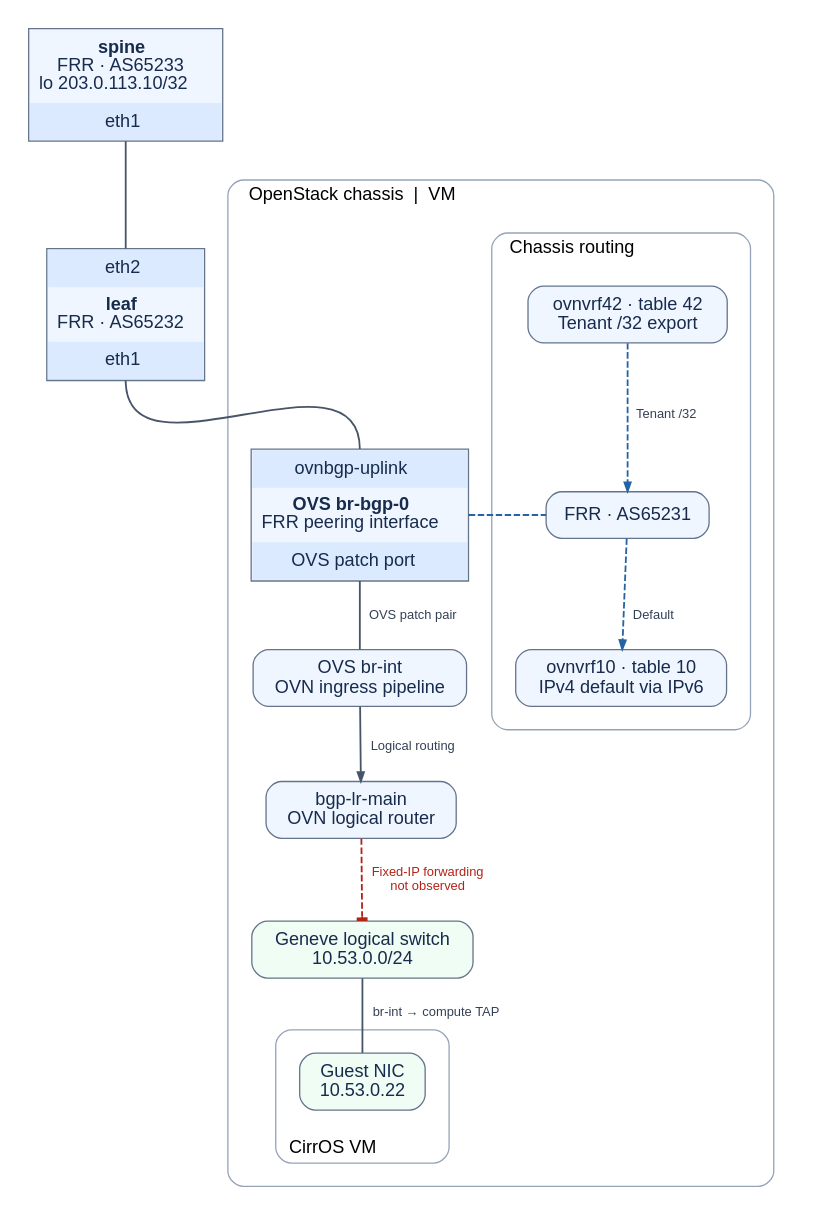
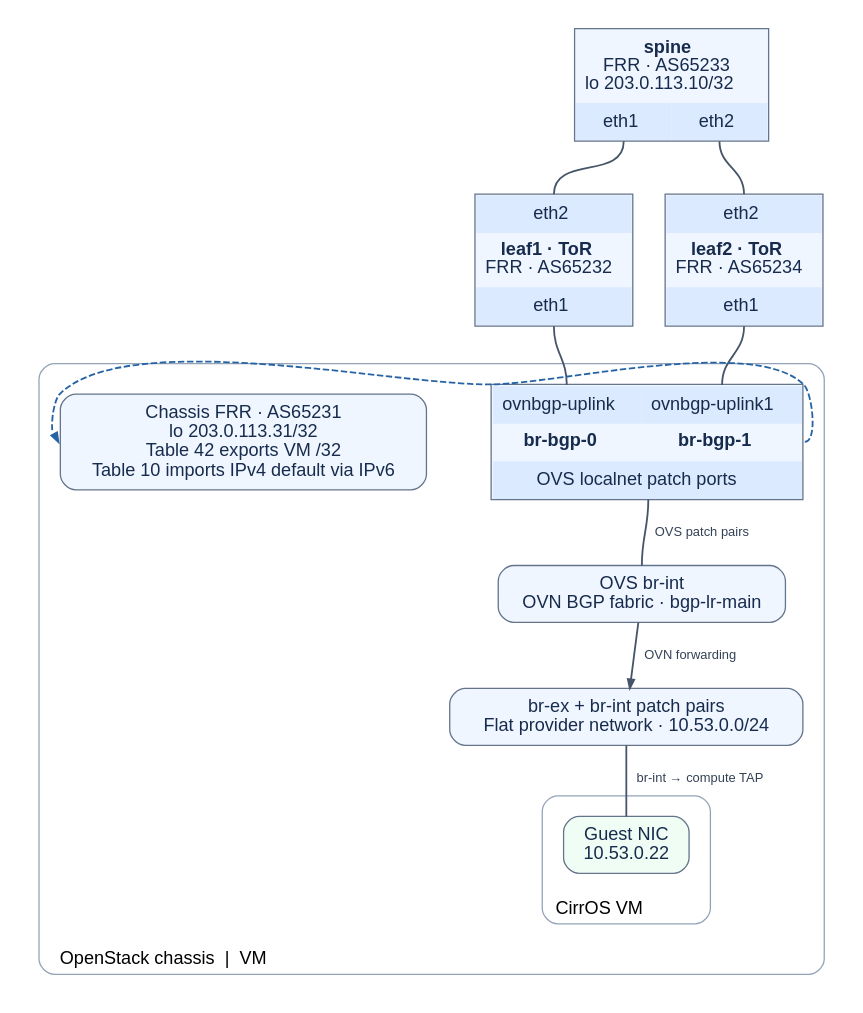
Before and after one commit to sugaf1204/infra-lab: the diagram in openstack-ovn-bgp-service-plugin/network.dot, drawn with Graphviz. The commit also changed 34 other files, not shown here.

```diff
--- a/openstack-ovn-bgp-service-plugin/network.dot
+++ b/openstack-ovn-bgp-service-plugin/network.dot
@@ -1,58 +1,55 @@
 digraph ovn {
-  graph [rankdir=TB, bgcolor="#ffffff", pad=0.2, nodesep=0.42, ranksep=0.58,
+  graph [rankdir=TB, bgcolor="#ffffff", pad=0.2, nodesep=0.35, ranksep=0.55,
          fontname="Helvetica", newrank=true];
   node [shape=box, style="rounded,filled", fillcolor="#eff6ff", color="#64748b",
         fontname="Helvetica", fontcolor="#172b4d", margin="0.14,0.1"];
   edge [color="#475569", penwidth=1.4, fontname="Helvetica",
         fontcolor="#334155", fontsize=10, arrowsize=0.7];
 
   spine [shape=plain, label=<
     <TABLE BORDER="1" CELLBORDER="0" CELLSPACING="0" CELLPADDING="7" COLOR="#64748b" BGCOLOR="#eff6ff">
-      <TR><TD><B>spine</B><BR/>FRR · AS65233<BR/>lo 203.0.113.10/32</TD></TR>
+      <TR><TD COLSPAN="2"><B>spine</B><BR/>FRR · AS65233<BR/>lo 203.0.113.10/32</TD></TR>
+      <TR><TD PORT="eth1" BGCOLOR="#dbeafe">eth1</TD><TD PORT="eth2" BGCOLOR="#dbeafe">eth2</TD></TR>
+    </TABLE>>];
+  leaf1 [shape=plain, label=<
+    <TABLE BORDER="1" CELLBORDER="0" CELLSPACING="0" CELLPADDING="7" COLOR="#64748b" BGCOLOR="#eff6ff">
+      <TR><TD PORT="eth2" BGCOLOR="#dbeafe">eth2</TD></TR>
+      <TR><TD><B>leaf1 · ToR</B><BR/>FRR · AS65232</TD></TR>
       <TR><TD PORT="eth1" BGCOLOR="#dbeafe">eth1</TD></TR>
     </TABLE>>];
-  leaf [shape=plain, label=<
+  leaf2 [shape=plain, label=<
     <TABLE BORDER="1" CELLBORDER="0" CELLSPACING="0" CELLPADDING="7" COLOR="#64748b" BGCOLOR="#eff6ff">
       <TR><TD PORT="eth2" BGCOLOR="#dbeafe">eth2</TD></TR>
-      <TR><TD><B>leaf</B><BR/>FRR · AS65232</TD></TR>
+      <TR><TD><B>leaf2 · ToR</B><BR/>FRR · AS65234</TD></TR>
       <TR><TD PORT="eth1" BGCOLOR="#dbeafe">eth1</TD></TR>
     </TABLE>>];
+  {rank=same; leaf1; leaf2}
 
   subgraph cluster_chassis {
-    label="OpenStack chassis  |  VM"; labeljust=l;
-    style=rounded; color="#94a3b8"; margin=18;
-    boundary [shape=plain, label=<
+    label="OpenStack chassis  |  VM"; labeljust=l; labelloc=b;
+    style=rounded; color="#94a3b8"; margin=16;
+    ports [shape=plain, label=<
       <TABLE BORDER="1" CELLBORDER="0" CELLSPACING="0" CELLPADDING="7" COLOR="#64748b" BGCOLOR="#eff6ff">
-        <TR><TD PORT="uplink" BGCOLOR="#dbeafe">ovnbgp-uplink</TD></TR>
-        <TR><TD PORT="control"><B>OVS br-bgp-0</B><BR/>FRR peering interface</TD></TR>
-        <TR><TD PORT="patch" BGCOLOR="#dbeafe">OVS patch port</TD></TR>
+        <TR><TD PORT="up0" BGCOLOR="#dbeafe">ovnbgp-uplink</TD><TD PORT="up1" BGCOLOR="#dbeafe">ovnbgp-uplink1</TD></TR>
+        <TR><TD><B>br-bgp-0</B></TD><TD><B>br-bgp-1</B></TD></TR>
+        <TR><TD COLSPAN="2" PORT="patch" BGCOLOR="#dbeafe">OVS localnet patch ports</TD></TR>
       </TABLE>>];
-    integration [label="OVS br-int\nOVN ingress pipeline"];
-    routing [label="bgp-lr-main\nOVN logical router"];
-    tenant [label="Geneve logical switch\n10.53.0.0/24", fillcolor="#f0fdf4"];
-
-    subgraph cluster_bgp {
-      label="Chassis routing"; labeljust=l; color="#94a3b8"; style=rounded;
-      frr [label="FRR · AS65231"];
-      export [label="ovnvrf42 · table 42\nTenant /32 export"];
-      imports [label="ovnvrf10 · table 10\nIPv4 default via IPv6"];
-    }
+    pipeline [label="OVS br-int\nOVN BGP fabric · bgp-lr-main"];
+    provider [label="br-ex + br-int patch pairs\nFlat provider network · 10.53.0.0/24"];
+    routing [label="Chassis FRR · AS65231\nlo 203.0.113.31/32\nTable 42 exports VM /32\nTable 10 imports IPv4 default via IPv6"];
     subgraph cluster_guest {
       label="CirrOS VM"; labelloc=b; color="#94a3b8"; style=rounded;
       nic [label="Guest NIC\n10.53.0.22", fillcolor="#f0fdf4"];
     }
 
-    boundary:patch:s -> integration [dir=none, label="  OVS patch pair"];
-    integration -> routing [label="  Logical routing"];
-    routing -> tenant [color="#b42318", fontcolor="#b42318", style=dashed,
-                       arrowhead=tee, label="  Fixed-IP forwarding\n  not observed"];
-    tenant -> nic [dir=none, label="  br-int → compute TAP"];
-    export -> frr [color="#2563a5", style=dashed, label="  Tenant /32"];
-    frr -> imports [color="#2563a5", style=dashed, label="  Default"];
-    boundary:control:e -> frr:w [dir=none, color="#2563a5", style=dashed,
-                     constraint=false];
-    {rank=same; boundary; frr}
+    ports:patch:s -> pipeline:n [dir=none, label="  OVS patch pairs"];
+    ports:e -> routing:w [dir=none, color="#2563a5", style=dashed, constraint=false];
+    pipeline -> provider [label="  OVN forwarding"];
+    provider -> nic [dir=none, label="  br-int → compute TAP"];
+    {rank=same; ports; routing}
   }
-  spine:eth1:s -> leaf:eth2:n [dir=none, color="#475569"];
-  leaf:eth1:s -> boundary:uplink:n [dir=none, color="#475569"];
+  spine:eth1:s -> leaf1:eth2:n [dir=none];
+  spine:eth2:s -> leaf2:eth2:n [dir=none];
+  leaf1:eth1:s -> ports:up0:n [dir=none];
+  leaf2:eth1:s -> ports:up1:n [dir=none];
 }
```
